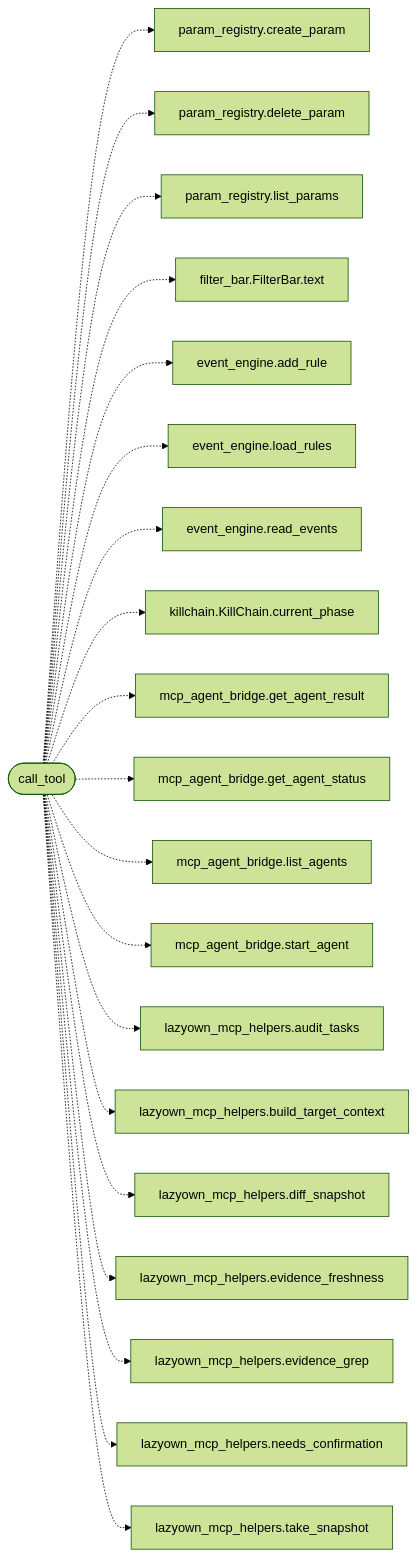
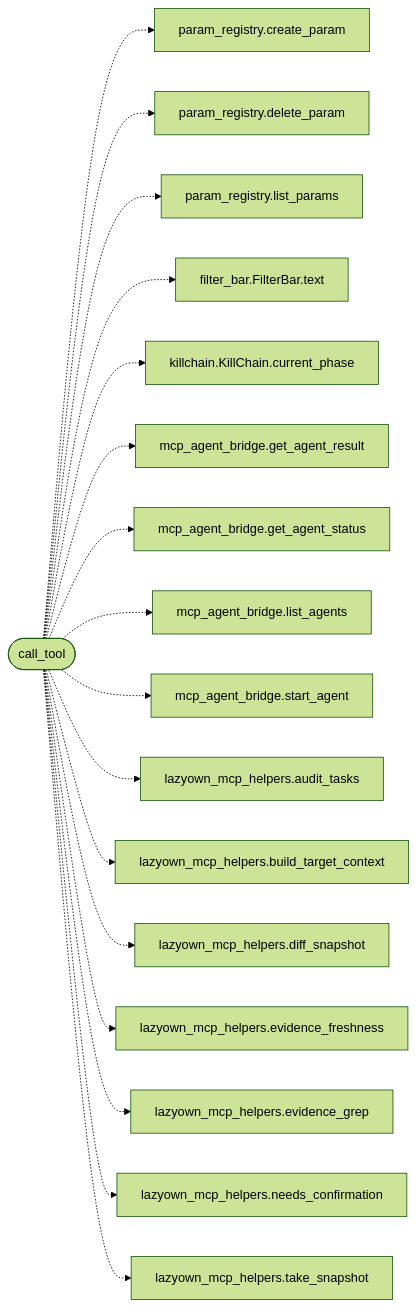
Before and after one commit to grisuno/LazyOwn: the diagram in readmenator-apidocs/modules/skills.lazyown_mcp.py.md, drawn with Mermaid (forest theme). The commit also changed other lines of this file and 424 other files, not shown here.

````diff
--- a/readmenator-apidocs/modules/skills.lazyown_mcp.py.md
+++ b/readmenator-apidocs/modules/skills.lazyown_mcp.py.md
@@ -26,42 +26,36 @@
 ```mermaid
 flowchart LR
     n_skills_lazyown_mcp_py__call_tool(["call_tool"])
     n_core_param_registry_py__create_param["param_registry.create_param"]
     n_core_param_registry_py__delete_param["param_registry.delete_param"]
     n_core_param_registry_py__list_params["param_registry.list_params"]
     n_lazygui_widgets_filter_bar_py__FilterBar_text["filter_bar.FilterBar.text"]
-    n_modules_event_engine_py__add_rule["event_engine.add_rule"]
-    n_modules_event_engine_py__load_rules["event_engine.load_rules"]
-    n_modules_event_engine_py__read_events["event_engine.read_events"]
     n_modules_killchain_py__KillChain_current_phase["killchain.KillChain.current_phase"]
     n_modules_mcp_agent_bridge_py__get_agent_result["mcp_agent_bridge.get_agent_result"]
     n_modules_mcp_agent_bridge_py__get_agent_status["mcp_agent_bridge.get_agent_status"]
     n_modules_mcp_agent_bridge_py__list_agents["mcp_agent_bridge.list_agents"]
     n_modules_mcp_agent_bridge_py__start_agent["mcp_agent_bridge.start_agent"]
     n_skills_lazyown_mcp_helpers_py__audit_tasks["lazyown_mcp_helpers.audit_tasks"]
     n_skills_lazyown_mcp_helpers_py__build_target_context["lazyown_mcp_helpers.build_target_context"]
     n_skills_lazyown_mcp_helpers_py__diff_snapshot["lazyown_mcp_helpers.diff_snapshot"]
     n_skills_lazyown_mcp_helpers_py__evidence_freshness["lazyown_mcp_helpers.evidence_freshness"]
     n_skills_lazyown_mcp_helpers_py__evidence_grep["lazyown_mcp_helpers.evidence_grep"]
     n_skills_lazyown_mcp_helpers_py__needs_confirmation["lazyown_mcp_helpers.needs_confirmation"]
     n_skills_lazyown_mcp_helpers_py__take_snapshot["lazyown_mcp_helpers.take_snapshot"]
     n_skills_lazyown_mcp_py__call_tool -.-> n_core_param_registry_py__create_param
     n_skills_lazyown_mcp_py__call_tool -.-> n_core_param_registry_py__delete_param
     n_skills_lazyown_mcp_py__call_tool -.-> n_core_param_registry_py__list_params
     n_skills_lazyown_mcp_py__call_tool -.-> n_lazygui_widgets_filter_bar_py__FilterBar_text
-    n_skills_lazyown_mcp_py__call_tool -.-> n_modules_event_engine_py__add_rule
-    n_skills_lazyown_mcp_py__call_tool -.-> n_modules_event_engine_py__load_rules
-    n_skills_lazyown_mcp_py__call_tool -.-> n_modules_event_engine_py__read_events
     n_skills_lazyown_mcp_py__call_tool -.-> n_modules_killchain_py__KillChain_current_phase
     n_skills_lazyown_mcp_py__call_tool -.-> n_modules_mcp_agent_bridge_py__get_agent_result
     n_skills_lazyown_mcp_py__call_tool -.-> n_modules_mcp_agent_bridge_py__get_agent_status
     n_skills_lazyown_mcp_py__call_tool -.-> n_modules_mcp_agent_bridge_py__list_agents
     n_skills_lazyown_mcp_py__call_tool -.-> n_modules_mcp_agent_bridge_py__start_agent
     n_skills_lazyown_mcp_py__call_tool -.-> n_skills_lazyown_mcp_helpers_py__audit_tasks
     n_skills_lazyown_mcp_py__call_tool -.-> n_skills_lazyown_mcp_helpers_py__build_target_context
     n_skills_lazyown_mcp_py__call_tool -.-> n_skills_lazyown_mcp_helpers_py__diff_snapshot
     n_skills_lazyown_mcp_py__call_tool -.-> n_skills_lazyown_mcp_helpers_py__evidence_freshness
     n_skills_lazyown_mcp_py__call_tool -.-> n_skills_lazyown_mcp_helpers_py__evidence_grep
     n_skills_lazyown_mcp_py__call_tool -.-> n_skills_lazyown_mcp_helpers_py__needs_confirmation
     n_skills_lazyown_mcp_py__call_tool -.-> n_skills_lazyown_mcp_helpers_py__take_snapshot
 ```
````
